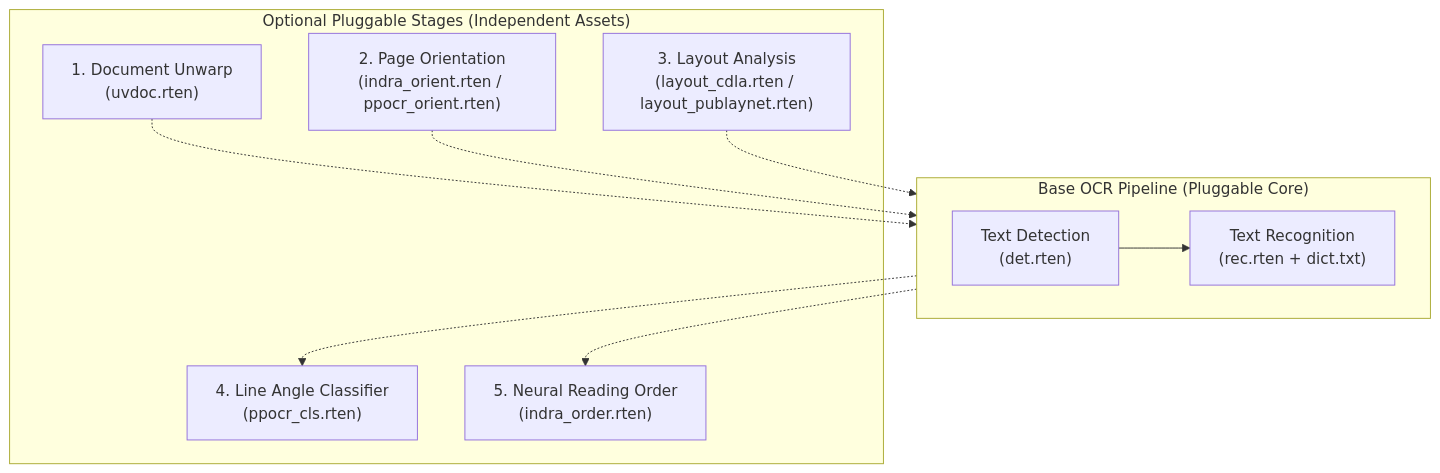
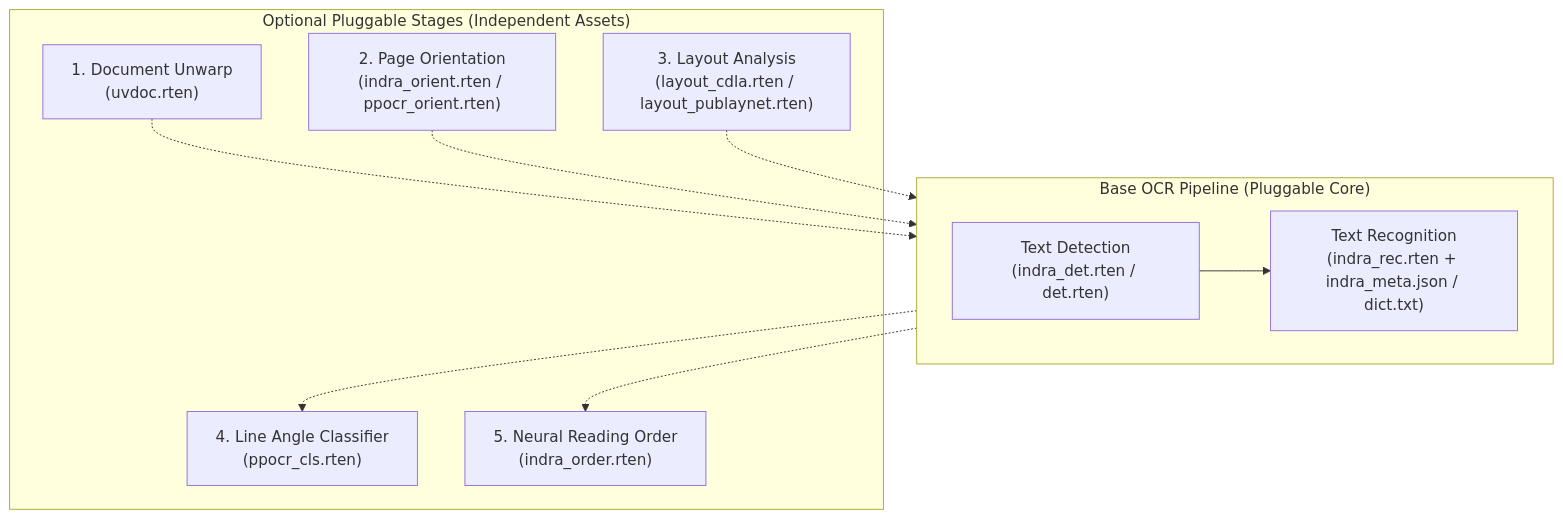
The first of 2 diagrams in docs/content/en/03.advance-guide/01.models-and-tiers.md (byrizki/rusto-rs), drawn with Mermaid before and after one commit. The commit also changed other lines of this file and 193 other files, not shown here.

````diff
--- a/docs/content/en/03.advance-guide/01.models-and-tiers.md
+++ b/docs/content/en/03.advance-guide/01.models-and-tiers.md
@@ -41,20 +41,20 @@
 ```mermaid
 flowchart TD
     subgraph BASE["Base OCR Pipeline (Pluggable Core)"]
-        DET["Text Detection<br/>(det.rten)"] --> REC["Text Recognition<br/>(rec.rten + dict.txt)"]
+        DET["Text Detection<br/>(indra_det.rten / det.rten)"] --> REC["Text Recognition<br/>(indra_rec.rten + indra_meta.json / dict.txt)"]
     end
 
     subgraph EXTRAS["Optional Pluggable Stages (Independent Assets)"]
         UNWARP["1. Document Unwarp<br/>(uvdoc.rten)"]
         ORIENT["2. Page Orientation<br/>(indra_orient.rten / ppocr_orient.rten)"]
         LAYOUT["3. Layout Analysis<br/>(layout_cdla.rten / layout_publaynet.rten)"]
         CLS["4. Line Angle Classifier<br/>(ppocr_cls.rten)"]
         ORDER["5. Neural Reading Order<br/>(indra_order.rten)"]
     end
 
     UNWARP -.-> BASE
     ORIENT -.-> BASE
     LAYOUT -.-> BASE
     BASE -.-> CLS
     BASE -.-> ORDER
 ```
````
